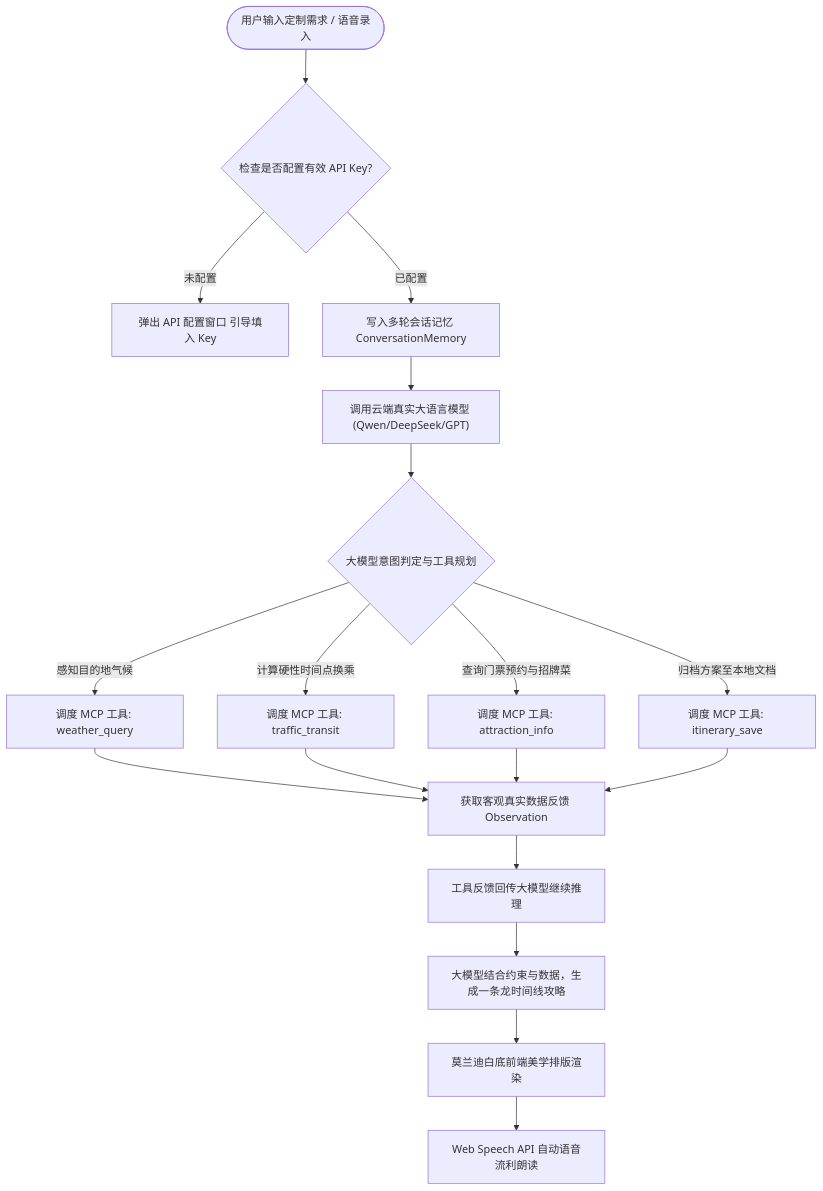
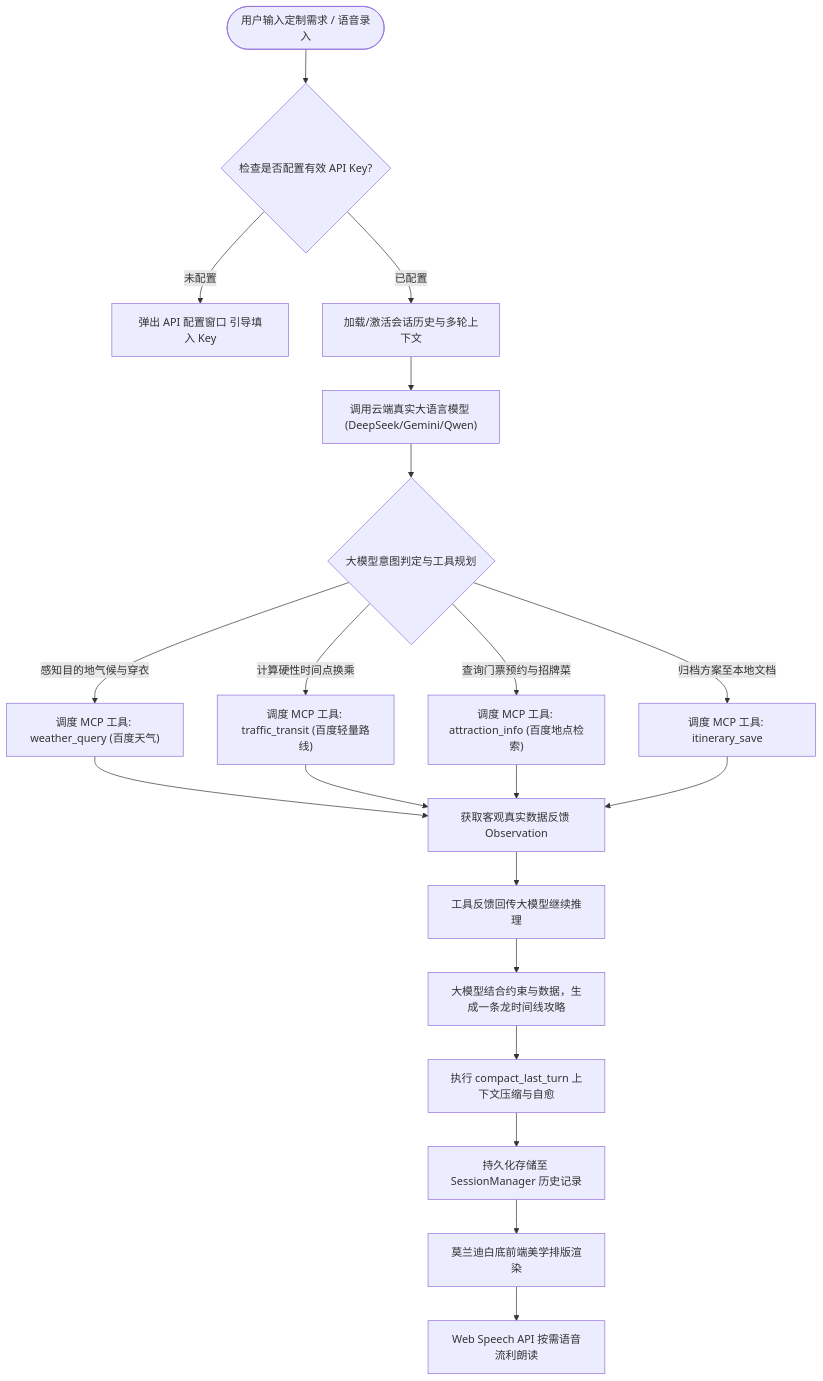
The diagram in smart_agent/BLOG.md (IntZhx2/IntZhx2), drawn with Mermaid before and after one commit. The commit also changed other lines of this file, not shown here.

First line of the commit message:
docs(blog): 同步百度地图原生生态、按需语音交互与38项全绿测试工程实践

````diff
--- a/smart_agent/BLOG.md
+++ b/smart_agent/BLOG.md
@@ -67,26 +88,29 @@
 ```mermaid
 flowchart TD
     User([用户输入定制需求 / 语音录入]) --> ValidateKey{检查是否配置有效 API Key?}
     ValidateKey -->|未配置| ShowModal[弹出 API 配置窗口 引导填入 Key]
     
-    ValidateKey -->|已配置| MemoryAppend[写入多轮会话记忆 ConversationMemory]
-    MemoryAppend --> CloudLLM["调用云端真实大语言模型 (Qwen/DeepSeek/GPT)"]
+    ValidateKey -->|已配置| SessionLoad[加载/激活会话历史与多轮上下文]
+    SessionLoad --> CloudLLM["调用云端真实大语言模型 (DeepSeek/Gemini/Qwen)"]
     
     CloudLLM --> ReActDecision{大模型意图判定与工具规划}
     
-    ReActDecision -->|感知目的地气候| ToolWeather["调度 MCP 工具: weather_query"]
-    ReActDecision -->|计算硬性时间点换乘| ToolTraffic["调度 MCP 工具: traffic_transit"]
-    ReActDecision -->|查询门票预约与招牌菜| ToolAttraction["调度 MCP 工具: attraction_info"]
+    ReActDecision -->|感知目的地气候与穿衣| ToolWeather["调度 MCP 工具: weather_query (百度天气)"]
+    ReActDecision -->|计算硬性时间点换乘| ToolTraffic["调度 MCP 工具: traffic_transit (百度轻量路线)"]
+    ReActDecision -->|查询门票预约与招牌菜| ToolAttraction["调度 MCP 工具: attraction_info (百度地点检索)"]
     ReActDecision -->|归档方案至本地文档| ToolSave["调度 MCP 工具: itinerary_save"]
     
     ToolWeather --> Observation[获取客观真实数据反馈 Observation]
     ToolTraffic --> Observation
     ToolAttraction --> Observation
     ToolSave --> Observation
     
     Observation --> FeedMemory[工具反馈回传大模型继续推理]
     FeedMemory --> FinalSynthesis["大模型结合约束与数据，生成一条龙时间线攻略"]
     
-    FinalSynthesis --> RenderUI[莫兰迪白底前端美学排版渲染]
-    RenderUI --> TTS[Web Speech API 自动语音流利朗读]
+    FinalSynthesis --> AutoCompact[执行 compact_last_turn 上下文压缩与自愈]
+    AutoCompact --> SaveSession[持久化存储至 SessionManager 历史记录]
+    
+    SaveSession --> RenderUI[莫兰迪白底前端美学排版渲染]
+    RenderUI --> TTS[Web Speech API 按需语音流利朗读]
 ```
````
